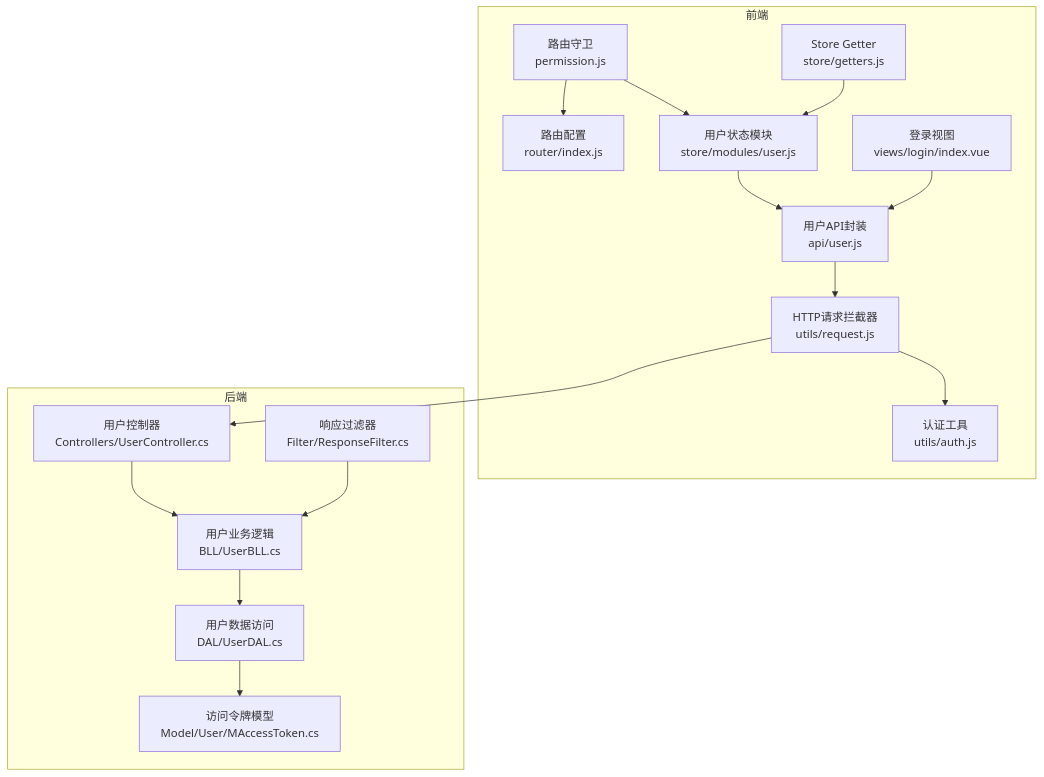
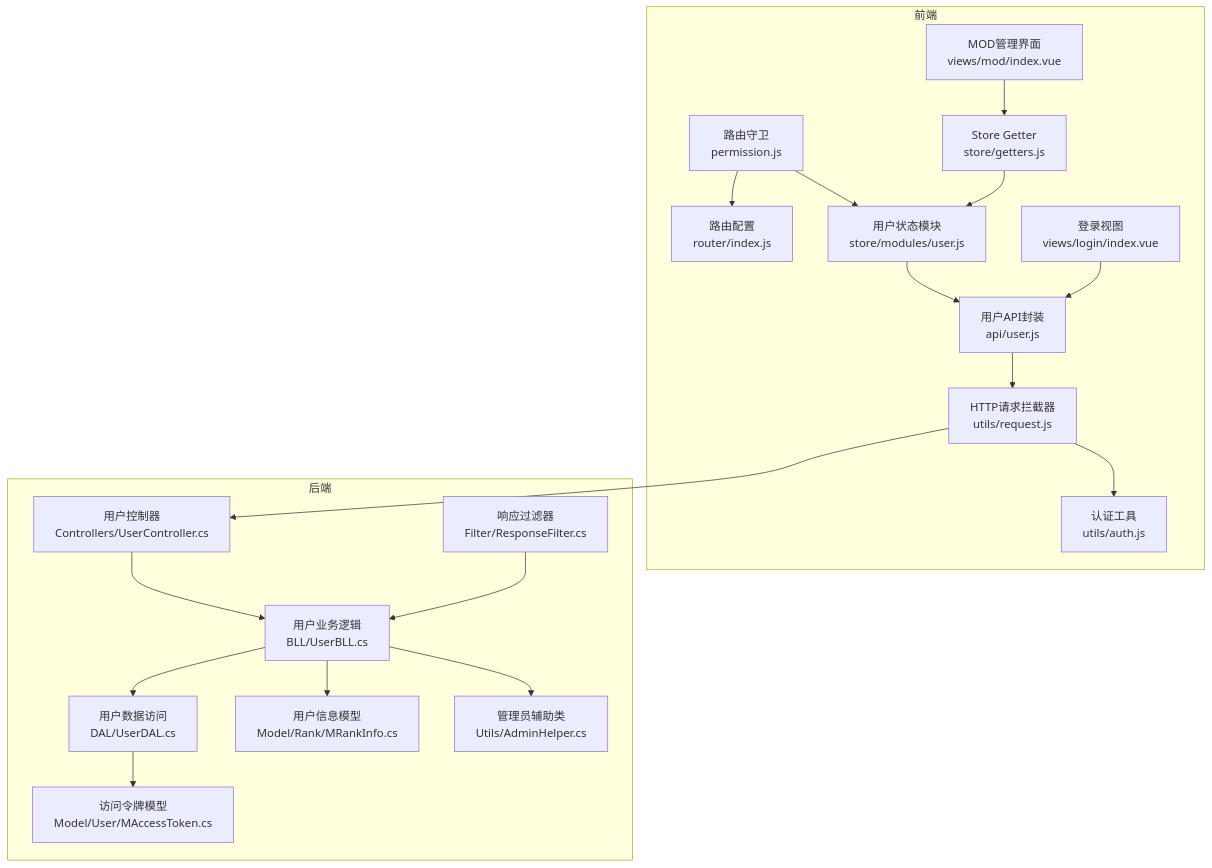
Before and after one commit to TinyMaD/SpeedRunnersLab: the first of 11 diagrams in .qoder/repowiki/zh/content/前端应用/状态管理/用户状态模块.md, drawn with Mermaid. The commit also changed other lines of this file and 29 other files, not shown here.

````diff
--- a/.qoder/repowiki/zh/content/前端应用/状态管理/用户状态模块.md
+++ b/.qoder/repowiki/zh/content/前端应用/状态管理/用户状态模块.md
@@ -45,32 +57,38 @@
 ```mermaid
 graph TB
 subgraph "前端"
 A_user_store["用户状态模块<br/>store/modules/user.js"]
 A_api_user["用户API封装<br/>api/user.js"]
 A_auth["认证工具<br/>utils/auth.js"]
 A_req["HTTP请求拦截器<br/>utils/request.js"]
 A_perm["路由守卫<br/>permission.js"]
 A_router["路由配置<br/>router/index.js"]
 A_getters["Store Getter<br/>store/getters.js"]
 A_login_view["登录视图<br/>views/login/index.vue"]
+A_mod_view["MOD管理界面<br/>views/mod/index.vue"]
 end
 subgraph "后端"
 B_ctrl["用户控制器<br/>Controllers/UserController.cs"]
 B_bll["用户业务逻辑<br/>BLL/UserBLL.cs"]
 B_dal["用户数据访问<br/>DAL/UserDAL.cs"]
 B_model["访问令牌模型<br/>Model/User/MAccessToken.cs"]
+B_rank_model["用户信息模型<br/>Model/Rank/MRankInfo.cs"]
+B_admin_helper["管理员辅助类<br/>Utils/AdminHelper.cs"]
 B_filter["响应过滤器<br/>Filter/ResponseFilter.cs"]
 end
 A_user_store --> A_api_user
 A_api_user --> A_req
 A_req --> B_ctrl
 B_ctrl --> B_bll
 B_bll --> B_dal
 B_dal --> B_model
+B_bll --> B_rank_model
+B_bll --> B_admin_helper
 A_req --> A_auth
 A_perm --> A_router
 A_perm --> A_user_store
 A_login_view --> A_api_user
 A_getters --> A_user_store
+A_mod_view --> A_getters
 B_filter --> B_bll
 ```
````
